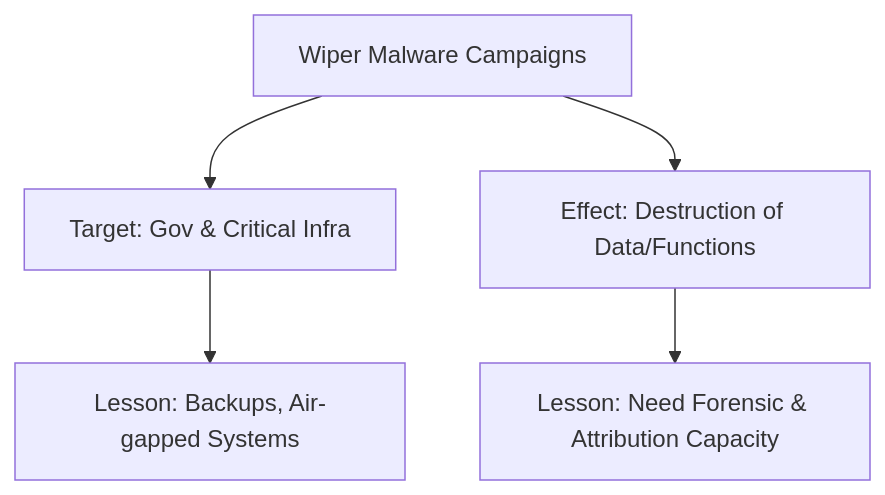
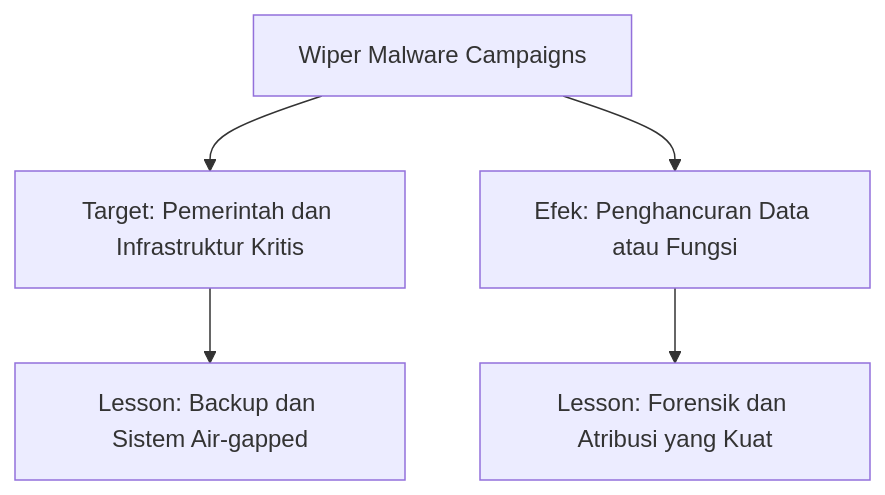
One commit to Cayvit/Forensik-Teknologi-Informasi-dan-Workshop-Siber-Warfare-Basic changed the sixth of 6 diagrams in siber-warfare-basic/Tugas3-4_Cyber_Warfare.md. Above: the diagram before and after it, drawn with Mermaid. The commit also changed other lines of this file, not shown here.

Commit message:
Update Mermaid diagrams for clarity and consistency

````diff
--- a/siber-warfare-basic/Tugas3-4_Cyber_Warfare.md
+++ b/siber-warfare-basic/Tugas3-4_Cyber_Warfare.md
@@ -273,8 +276,9 @@
 ```mermaid
 graph TD
   W[Wiper Malware Campaigns]
-  W --> A[Target: Gov & Critical Infra]
-  W --> B[Effect: Destruction of Data/Functions]
-  A --> C[Lesson: Backups, Air-gapped Systems]
-  B --> D[Lesson: Need Forensic & Attribution Capacity]
+  W --> A[Target: Pemerintah dan Infrastruktur Kritis]
+  W --> B[Efek: Penghancuran Data atau Fungsi]
+  A --> C[Lesson: Backup dan Sistem Air-gapped]
+  B --> D[Lesson: Forensik dan Atribusi yang Kuat]
+
 ```
````
